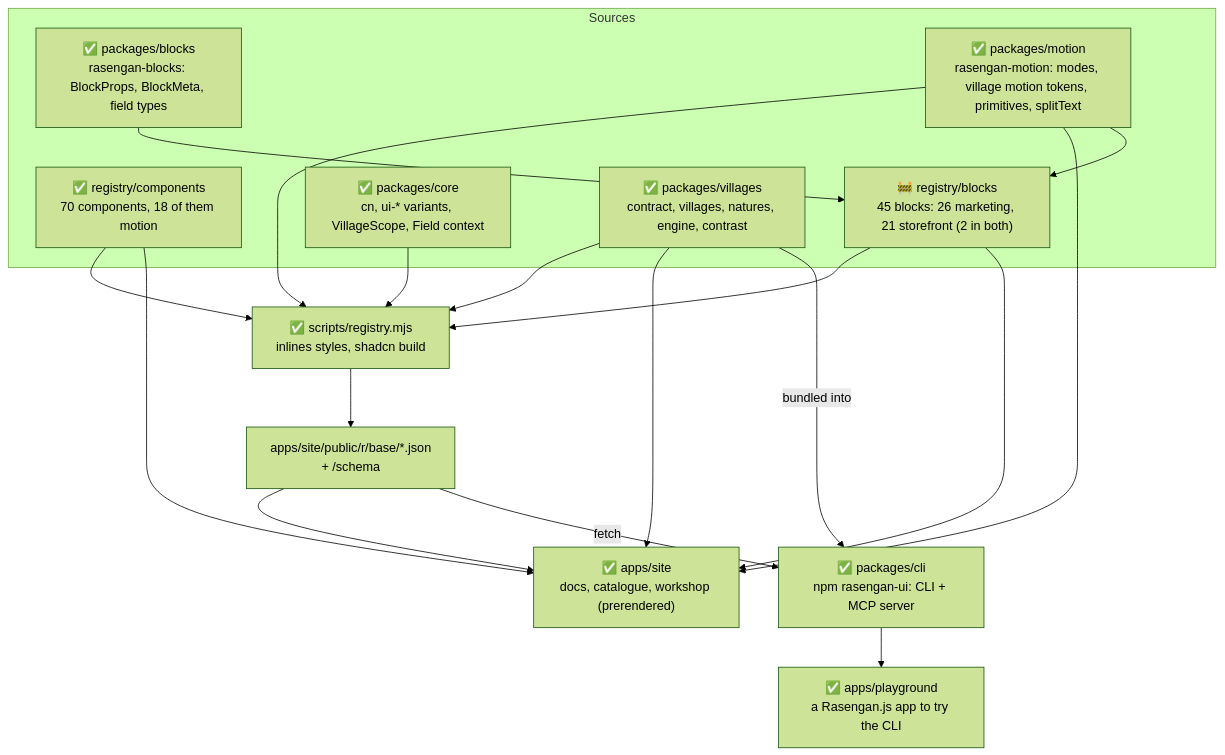
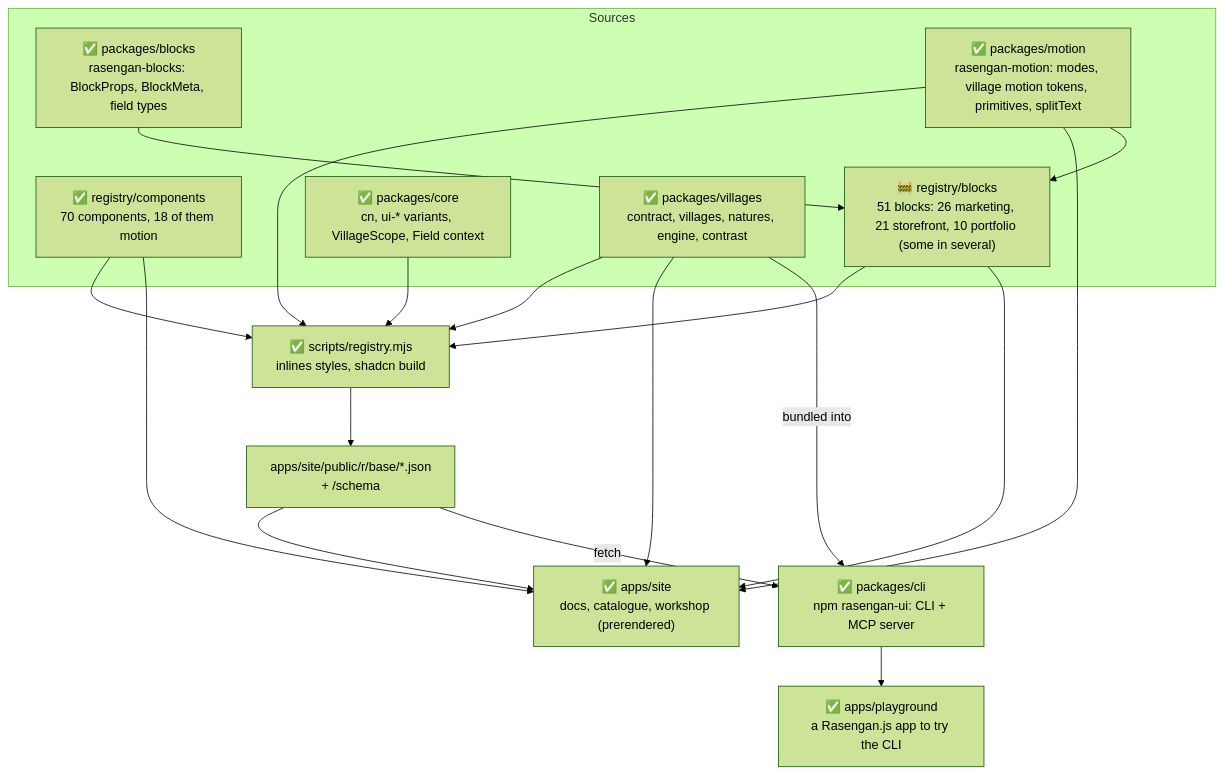
Before and after one commit to rasengan-dev/rasengan-ui: the second of 5 diagrams in docs/architecture.md, drawn with Mermaid (forest theme). The commit also changed other lines of this file and 50 other files, not shown here.

First line of the commit message:
feat(blocks): add the six portfolio blocks and the portfolio example

````diff
--- a/docs/architecture.md
+++ b/docs/architecture.md
@@ -41,34 +41,34 @@
 ```mermaid
 flowchart TB
   subgraph source[Sources]
     comps["✅ registry/components<br/>70 components, 18 of them motion"]
-    blocks["🚧 registry/blocks<br/>45 blocks: 26 marketing, 21 storefront (2 in both)"]
+    blocks["🚧 registry/blocks<br/>51 blocks: 26 marketing, 21 storefront, 10 portfolio (some in several)"]
     blockslib["✅ packages/blocks<br/>rasengan-blocks: BlockProps, BlockMeta, field types"]
     core["✅ packages/core<br/>cn, ui-* variants, VillageScope, Field context"]
     villages["✅ packages/villages<br/>contract, villages, natures, engine, contrast"]
     motion["✅ packages/motion<br/>rasengan-motion: modes, village motion tokens, primitives, splitText"]
   end
 
   build["✅ scripts/registry.mjs<br/>inlines styles, shadcn build"]
   public["apps/site/public/r/base/*.json<br/>+ /schema"]
   site["✅ apps/site<br/>docs, catalogue, workshop (prerendered)"]
   cli["✅ packages/cli<br/>npm rasengan-ui: CLI + MCP server"]
   play["✅ apps/playground<br/>a Rasengan.js app to try the CLI"]
 
   comps --> build
   core --> build
   villages --> build
   build --> public
   public --> site
   villages --> site
   comps --> site
   public -- fetch --> cli
   villages -- bundled into --> cli
   cli --> play
   motion --> build
   motion --> site
   motion --> blocks
   blockslib --> blocks
   blocks --> build
   blocks --> site
 ```
````
